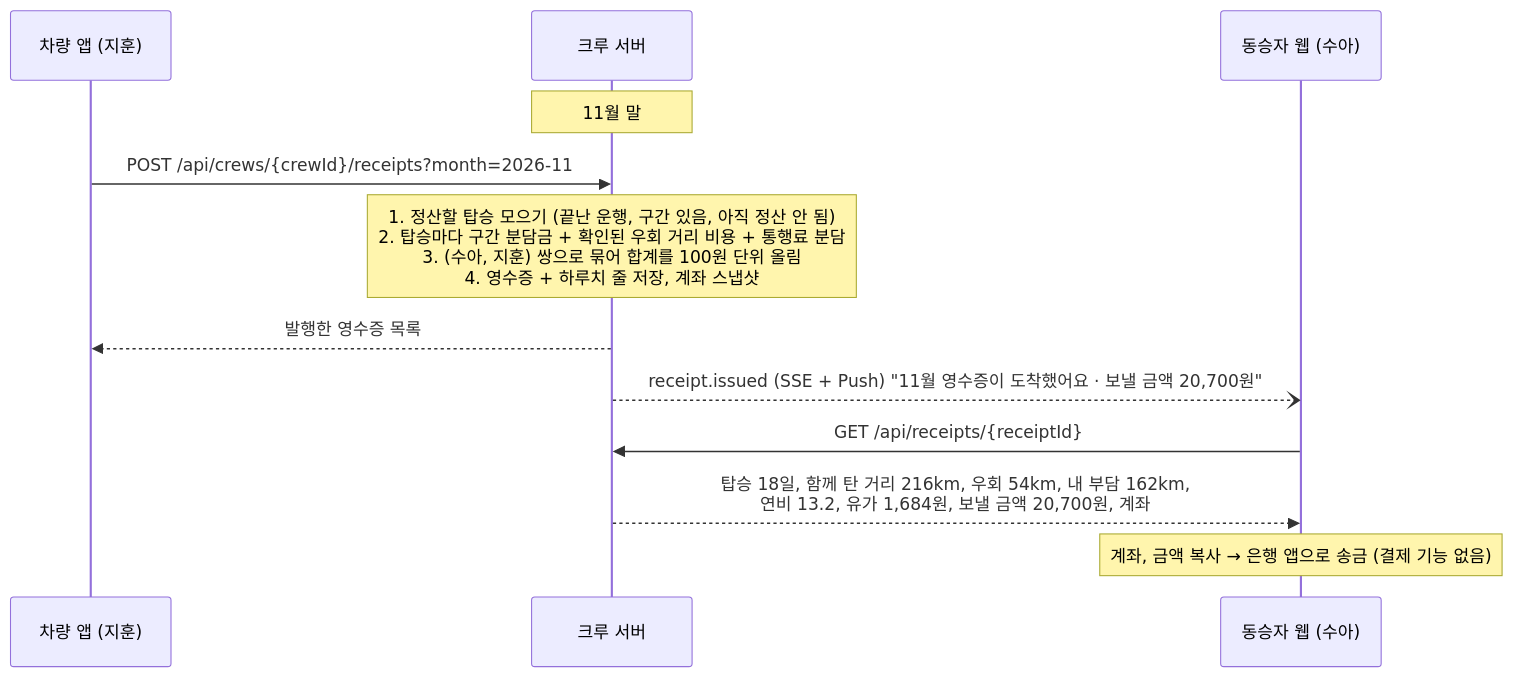
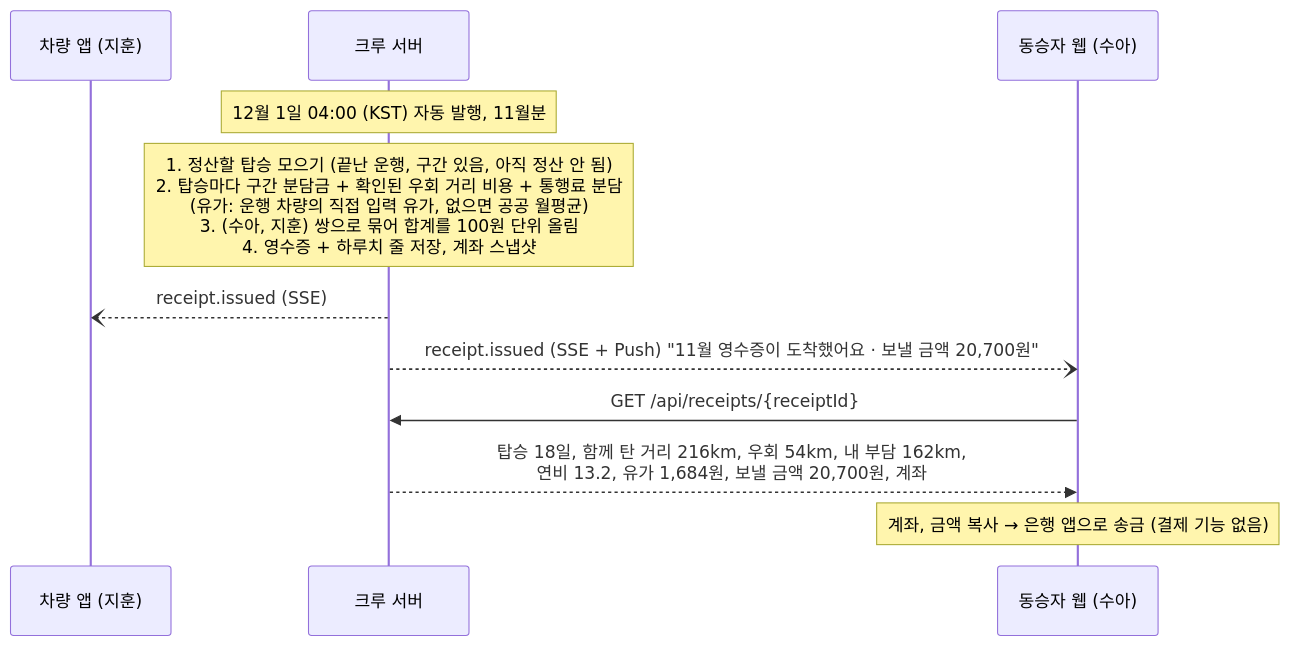
Before and after one commit to hyundai-full-accel/paircar-server: the eighth of 8 diagrams in docs/sequences.md, drawn with Mermaid. The commit also changed other lines of this file and 44 other files, not shown here.

````diff
--- a/docs/sequences.md
+++ b/docs/sequences.md
@@ -253,15 +253,14 @@
 ```mermaid
 sequenceDiagram
     participant C as 차량 앱 (지훈)
     participant S as 크루 서버
     participant W as 동승자 웹 (수아)
 
-    Note over S: 11월 말
-    C->>S: POST /api/crews/{crewId}/receipts?month=2026-11
-    Note over S: 1. 정산할 탑승 모으기 (끝난 운행, 구간 있음, 아직 정산 안 됨)<br/>2. 탑승마다 구간 분담금 + 확인된 우회 거리 비용 + 통행료 분담<br/>3. (수아, 지훈) 쌍으로 묶어 합계를 100원 단위 올림<br/>4. 영수증 + 하루치 줄 저장, 계좌 스냅샷
-    S-->>C: 발행한 영수증 목록
+    Note over S: 12월 1일 04:00 (KST) 자동 발행, 11월분
+    Note over S: 1. 정산할 탑승 모으기 (끝난 운행, 구간 있음, 아직 정산 안 됨)<br/>2. 탑승마다 구간 분담금 + 확인된 우회 거리 비용 + 통행료 분담<br/>   (유가: 운행 차량의 직접 입력 유가, 없으면 공공 월평균)<br/>3. (수아, 지훈) 쌍으로 묶어 합계를 100원 단위 올림<br/>4. 영수증 + 하루치 줄 저장, 계좌 스냅샷
+    S--)C: receipt.issued (SSE)
     S--)W: receipt.issued (SSE + Push) "11월 영수증이 도착했어요 · 보낼 금액 20,700원"
     W->>S: GET /api/receipts/{receiptId}
     S-->>W: 탑승 18일, 함께 탄 거리 216km, 우회 54km, 내 부담 162km,<br/>연비 13.2, 유가 1,684원, 보낼 금액 20,700원, 계좌
     Note over W: 계좌, 금액 복사 → 은행 앱으로 송금 (결제 기능 없음)
 ```
````
